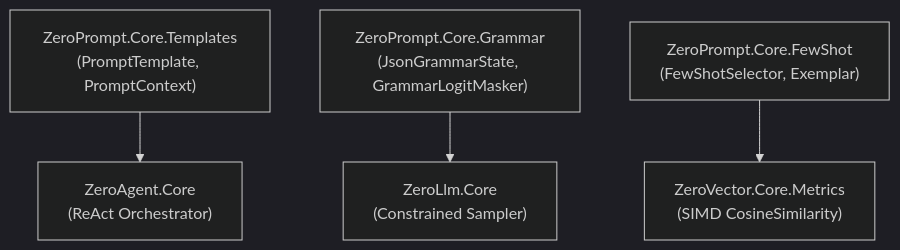
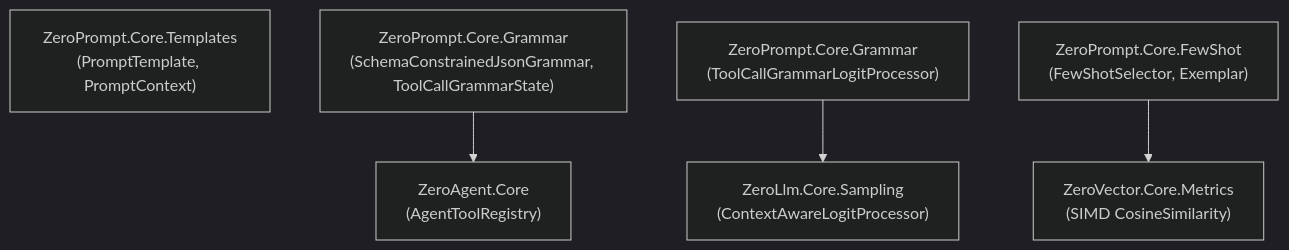
One commit to kzxl/ZeroPrompt changed the diagram in README.md. Above: the diagram before and after it, drawn with Mermaid (dark theme). The commit also changed other lines of this file and 1 other file, not shown here.

````diff
--- a/README.md
+++ b/README.md
@@ -119,10 +92,11 @@
 ```mermaid
 flowchart TD
     PromptTemplate["ZeroPrompt.Core.Templates\n(PromptTemplate, PromptContext)"]
-    JsonGrammar["ZeroPrompt.Core.Grammar\n(JsonGrammarState, GrammarLogitMasker)"]
+    JsonGrammar["ZeroPrompt.Core.Grammar\n(SchemaConstrainedJsonGrammar, ToolCallGrammarState)"]
+    LogitMasker["ZeroPrompt.Core.Grammar\n(ToolCallGrammarLogitProcessor)"]
     FewShot["ZeroPrompt.Core.FewShot\n(FewShotSelector, Exemplar)"]
     
     FewShot --> VectorMetrics["ZeroVector.Core.Metrics\n(SIMD CosineSimilarity)"]
-    JsonGrammar --> ZeroLlm["ZeroLlm.Core\n(Constrained Sampler)"]
-    PromptTemplate --> ZeroAgent["ZeroAgent.Core\n(ReAct Orchestrator)"]
+    LogitMasker --> ZeroLlm["ZeroLlm.Core.Sampling\n(ContextAwareLogitProcessor)"]
+    JsonGrammar --> ZeroAgent["ZeroAgent.Core\n(AgentToolRegistry)"]
 ```
````
